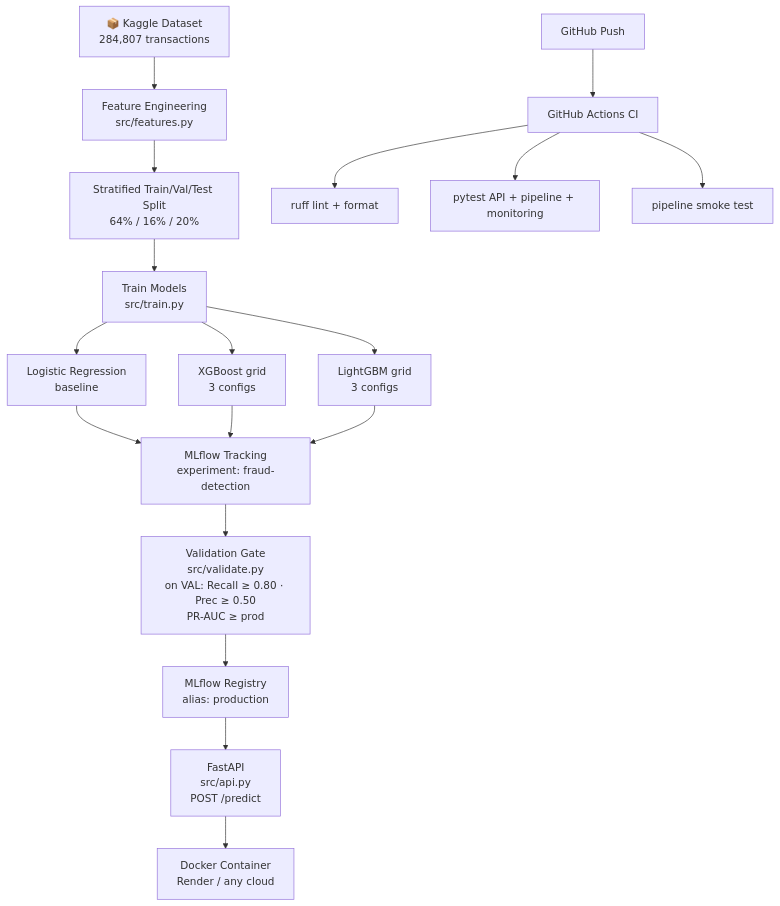
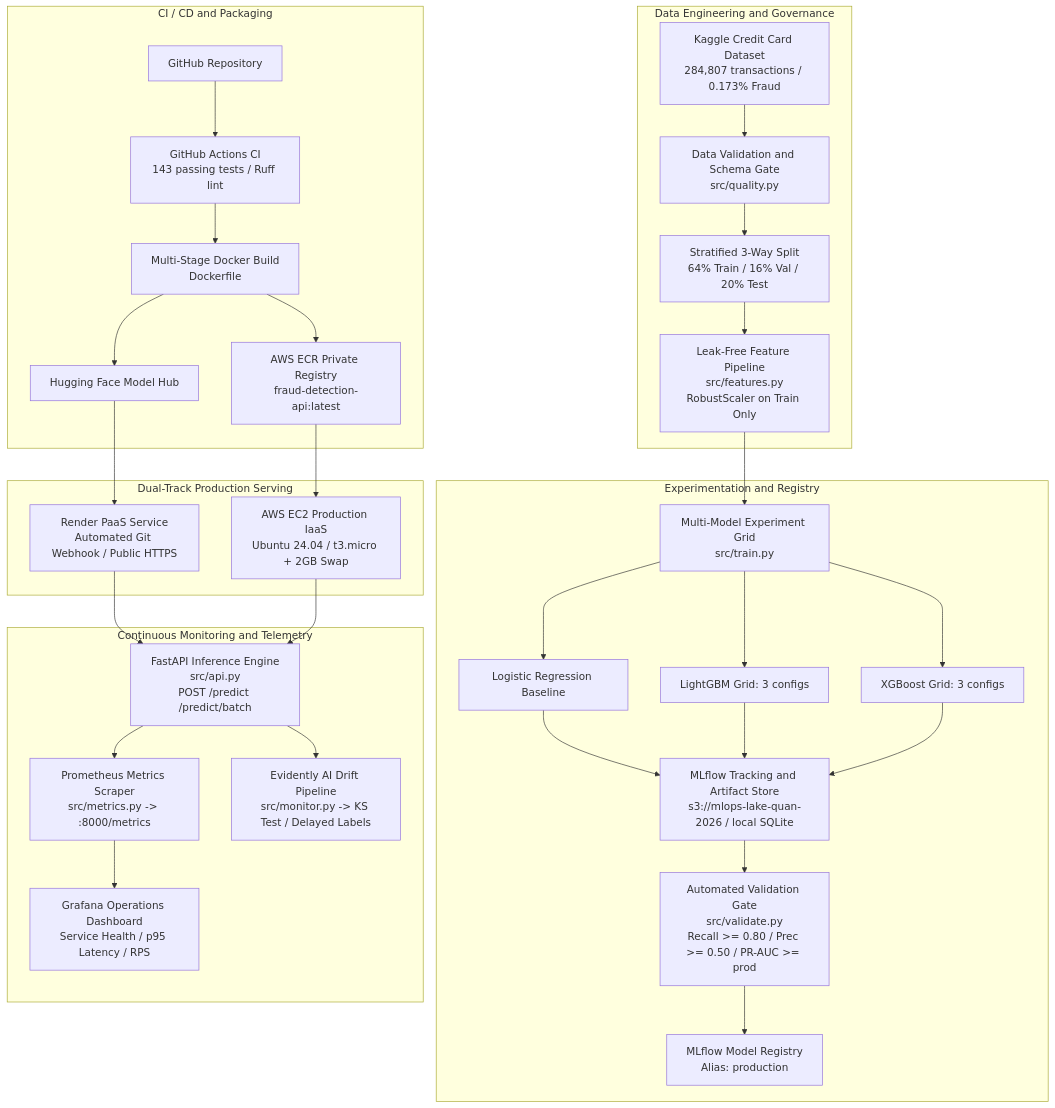
The diagram in README.md (anhquan1111/mlops-fraud-detection), drawn with Mermaid before and after one commit. The commit also changed other lines of this file and 4 other files, not shown here.

Commit message:
feat: update enterprise documentation, cloud architecture, and dashboard demo

````diff
--- a/README.md
+++ b/README.md
@@ -74,22 +82,57 @@
 ```mermaid
 flowchart TD
-    A[📦 Kaggle Dataset\n284,807 transactions] --> B[Feature Engineering\nsrc/features.py]
-    B --> C[Stratified Train/Val/Test Split\n64% / 16% / 20%]
-    C --> D[Train Models\nsrc/train.py]
+    subgraph DataLayer [Data Engineering and Governance]
+        A[Kaggle Credit Card Dataset
+284,807 transactions / 0.173% Fraud] --> B[Data Validation and Schema Gate
+src/quality.py]
+        B --> C[Stratified 3-Way Split
+64% Train / 16% Val / 20% Test]
+        C --> D[Leak-Free Feature Pipeline
+src/features.py
+RobustScaler on Train Only]
+    end
 
-    D --> D1[Logistic Regression\nbaseline]
-    D --> D2[XGBoost grid\n3 configs]
-    D --> D3[LightGBM grid\n3 configs]
+    subgraph TrainingPipeline [Experimentation and Registry]
+        D --> E[Multi-Model Experiment Grid
+src/train.py]
+        E --> E1[Logistic Regression Baseline]
+        E --> E2[LightGBM Grid: 3 configs]
+        E --> E3[XGBoost Grid: 3 configs]
+        E1 & E2 & E3 --> F[MLflow Tracking and Artifact Store
+s3://mlops-lake-quan-2026 / local SQLite]
+        F --> G[Automated Validation Gate
+src/validate.py
+Recall >= 0.80 / Prec >= 0.50 / PR-AUC >= prod]
+        G --> H[MLflow Model Registry
+Alias: production]
+    end
 
-    D1 & D2 & D3 --> E[MLflow Tracking\nexperiment: fraud-detection]
-    E --> F[Validation Gate\nsrc/validate.py\non VAL: Recall ≥ 0.80 · Prec ≥ 0.50\nPR-AUC ≥ prod]
-    F --> G[MLflow Registry\nalias: production]
+    subgraph CICD [CI / CD and Packaging]
+        I[GitHub Repository] --> J[GitHub Actions CI
+143 passing tests / Ruff lint]
+        J --> K[Multi-Stage Docker Build
+Dockerfile]
+        K --> L1[AWS ECR Private Registry
+fraud-detection-api:latest]
+        K --> L2[Hugging Face Model Hub]
+    end
 
-    G --> H[FastAPI\nsrc/api.py\nPOST /predict]
-    H --> I[Docker Container\nRender / any cloud]
+    subgraph Deployment [Dual-Track Production Serving]
+        L2 --> M1[Render PaaS Service
+Automated Git Webhook / Public HTTPS]
+        L1 --> M2[AWS EC2 Production IaaS
+Ubuntu 24.04 / t3.micro + 2GB Swap]
+    end
 
-    J[GitHub Push] --> K[GitHub Actions CI]
-    K --> K1[ruff lint + format]
-    K --> K2[pytest API + pipeline + monitoring]
-    K --> K3[pipeline smoke test]
+    subgraph Observability [Continuous Monitoring and Telemetry]
+        M1 & M2 --> N[FastAPI Inference Engine
+src/api.py
+POST /predict /predict/batch]
+        N --> O[Prometheus Metrics Scraper
+src/metrics.py -> :8000/metrics]
+        O --> P[Grafana Operations Dashboard
+Service Health / p95 Latency / RPS]
+        N --> Q[Evidently AI Drift Pipeline
+src/monitor.py -> KS Test / Delayed Labels]
+    end
 ```
````
